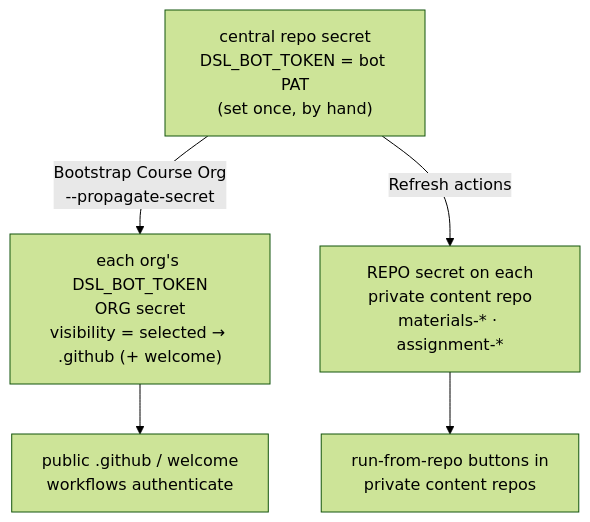
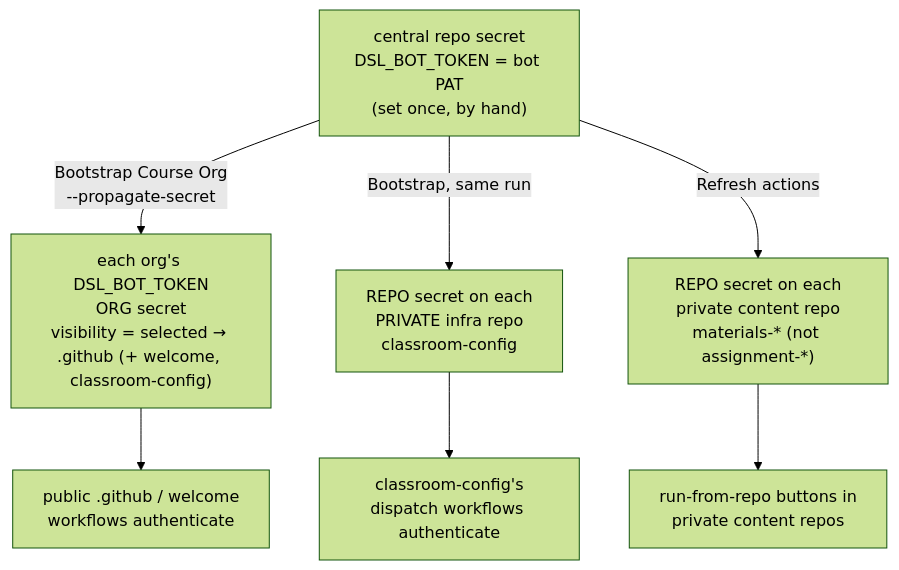
The second of 6 diagrams in docs/admin/architecture.md (hertie-data-science-lab/dsl-teaching-course-setup), drawn with Mermaid (forest theme) before and after one commit. The commit also changed other lines of this file and 25 other files, not shown here.

````diff
--- a/docs/admin/architecture.md
+++ b/docs/admin/architecture.md
@@ -65,8 +79,22 @@
 ```mermaid
 flowchart TD
-  src["central repo secret<br/>DSL_BOT_TOKEN = bot PAT<br/>(set once, by hand)"]
-  src -->|"Bootstrap Course Org<br/>--propagate-secret"| orgsec["each org's DSL_BOT_TOKEN<br/>ORG secret<br/>visibility = selected → .github (+ welcome)"]
-  src -->|"Refresh actions"| reposec["REPO secret on each<br/>private content repo<br/>materials-* · assignment-*"]
-  orgsec --> pub["public .github / welcome<br/>workflows authenticate"]
-  reposec --> priv["run-from-repo buttons in<br/>private content repos"]
+  src["`central repo secret
+DSL_BOT_TOKEN = bot PAT
+(set once, by hand)`"]
+  src -->|"`Bootstrap Course Org
+--propagate-secret`"| orgsec["`each org's DSL_BOT_TOKEN
+ORG secret
+visibility = selected → .github (+ welcome, classroom-config)`"]
+  src -->|"Bootstrap, same run"| infrasec["`REPO secret on each
+PRIVATE infra repo
+classroom-config`"]
+  src -->|"Refresh actions"| reposec["`REPO secret on each
+private content repo
+materials-* (not assignment-*)`"]
+  orgsec --> pub["`public .github / welcome
+workflows authenticate`"]
+  infrasec --> disp["`classroom-config's
+dispatch workflows authenticate`"]
+  reposec --> priv["`run-from-repo buttons in
+private content repos`"]
 ```
````
